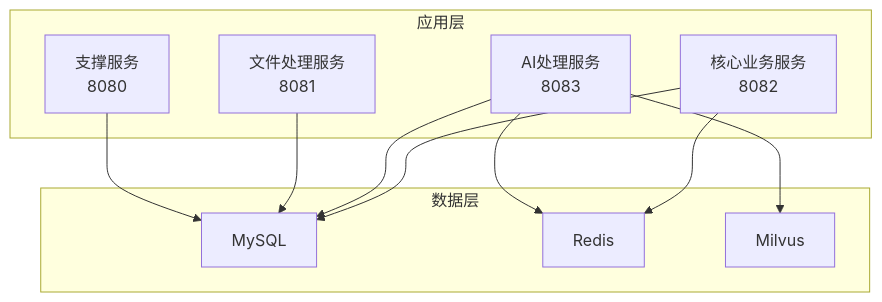
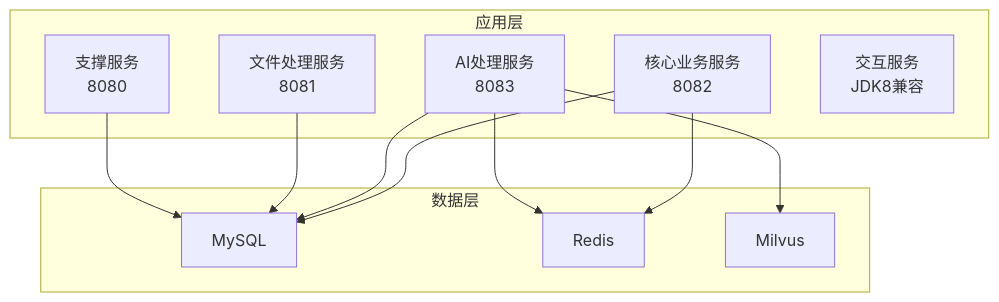
Before and after one commit to DrunkFood/First: the tenth of 11 diagrams in .qoder/repowiki/zh/content/架构设计/微服务架构.md, drawn with Mermaid. The commit also changed other lines of this file and 66 other files, not shown here.

````diff
--- a/.qoder/repowiki/zh/content/架构设计/微服务架构.md
+++ b/.qoder/repowiki/zh/content/架构设计/微服务架构.md
@@ -370,21 +437,22 @@
 ```mermaid
 graph TB
 subgraph "应用层"
 core_svc["核心业务服务<br/>8082"]
 ai_svc["AI处理服务<br/>8083"]
 file_svc["文件处理服务<br/>8081"]
 support_svc["支撑服务<br/>8080"]
+interaction_svc["交互服务<br/>JDK8兼容"]
 end
 subgraph "数据层"
 mysql["MySQL"]
 redis["Redis"]
 milvus["Milvus"]
 end
 core_svc --> mysql
 ai_svc --> mysql
 file_svc --> mysql
 support_svc --> mysql
 core_svc --> redis
 ai_svc --> redis
 ai_svc --> milvus
 ```
````
